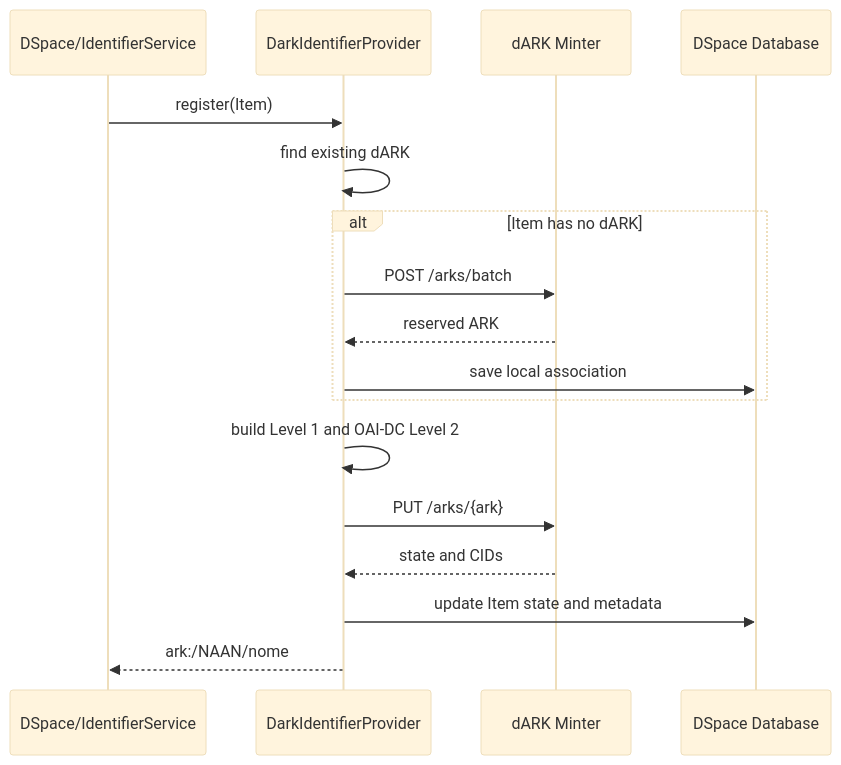
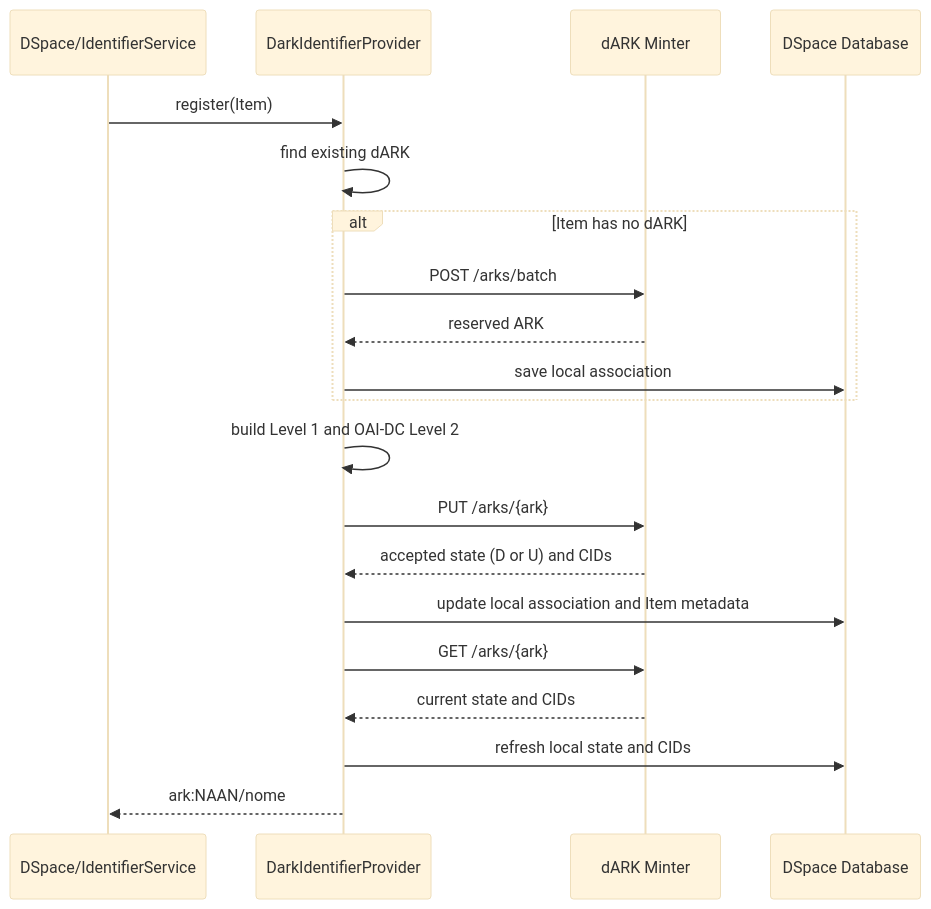
Before and after one commit to LA-Referencia-Lyrasis-Project/DSpace: the diagram in docs/dark-dspace-integration.md, drawn with Mermaid (base theme). The commit also changed other lines of this file and 13 other files, not shown here.

````diff
--- a/docs/dark-dspace-integration.md
+++ b/docs/dark-dspace-integration.md
@@ -99,20 +96,23 @@
 ```mermaid
 sequenceDiagram
     participant D as DSpace/IdentifierService
     participant P as DarkIdentifierProvider
     participant M as dARK Minter
     participant DB as DSpace Database
 
     D->>P: register(Item)
     P->>P: find existing dARK
     alt Item has no dARK
         P->>M: POST /arks/batch
       M-->>P: reserved ARK
       P->>DB: save local association
     end
     P->>P: build Level 1 and OAI-DC Level 2
     P->>M: PUT /arks/{ark}
-    M-->>P: state and CIDs
-    P->>DB: update Item state and metadata
-    P-->>D: ark:/NAAN/nome
+    M-->>P: accepted state (D or U) and CIDs
+    P->>DB: update local association and Item metadata
+    P->>M: GET /arks/{ark}
+    M-->>P: current state and CIDs
+    P->>DB: refresh local state and CIDs
+    P-->>D: ark:NAAN/nome
 ```
````
